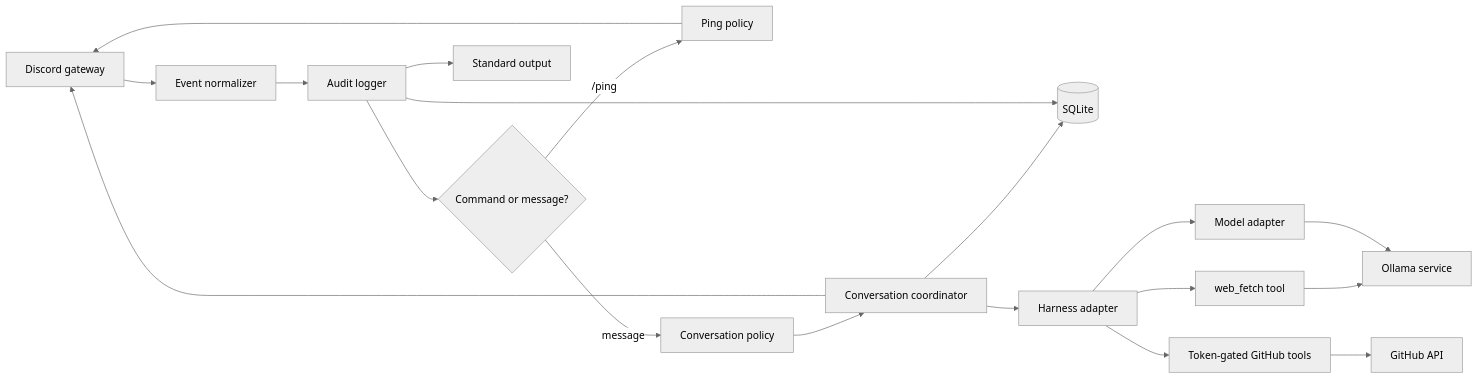
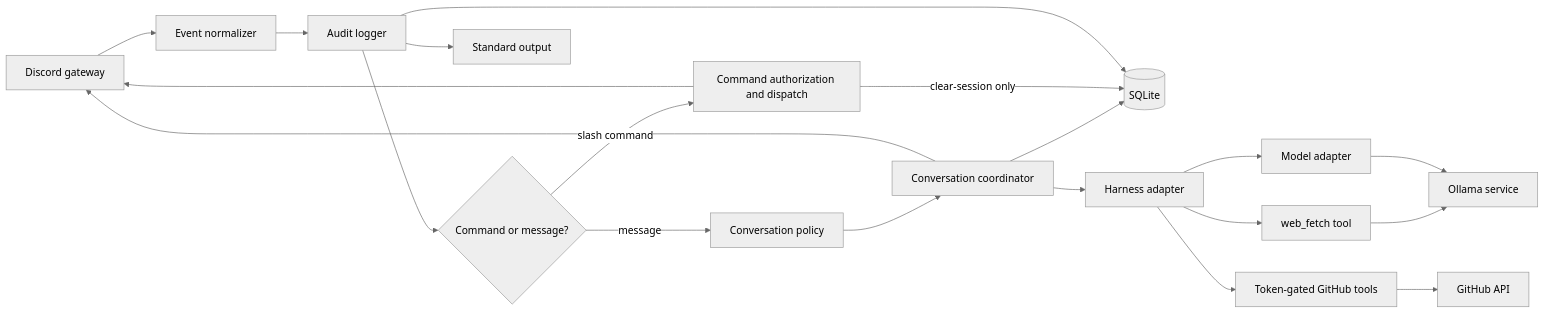
Before and after one commit to HSV-AI/artemis: the diagram in design/rebuild-guide.md, drawn with Mermaid (neutral theme). The commit also changed other lines of this file and 1 other file, not shown here.

````diff
--- a/design/rebuild-guide.md
+++ b/design/rebuild-guide.md
@@ -40,21 +42,22 @@
 ```mermaid
 flowchart LR
     Discord[Discord gateway] --> Normalize[Event normalizer]
     Normalize --> Audit[Audit logger]
     Audit --> Route{Command or message?}
-    Route -->|/ping| Ping[Ping policy]
+    Route -->|slash command| Commands[Command authorization and dispatch]
     Route -->|message| Policy[Conversation policy]
     Policy --> Sessions[Conversation coordinator]
     Sessions --> Store[(SQLite)]
     Sessions --> Harness[Harness adapter]
     Harness --> Model[Model adapter]
     Harness --> WebFetch[web_fetch tool]
     Harness --> GitHubTools[Token-gated GitHub tools]
     WebFetch --> Ollama
     GitHubTools --> GitHubAPI[GitHub API]
     Model --> Ollama[Ollama service]
-    Ping --> Discord
+    Commands -- clear-session only --> Store
+    Commands --> Discord
     Sessions --> Discord
     Audit --> Console[Standard output]
     Audit --> Store
 ```
````
